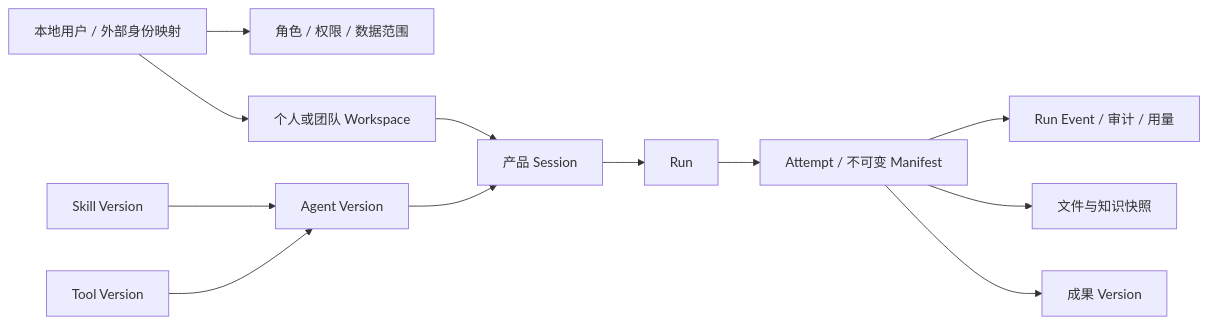
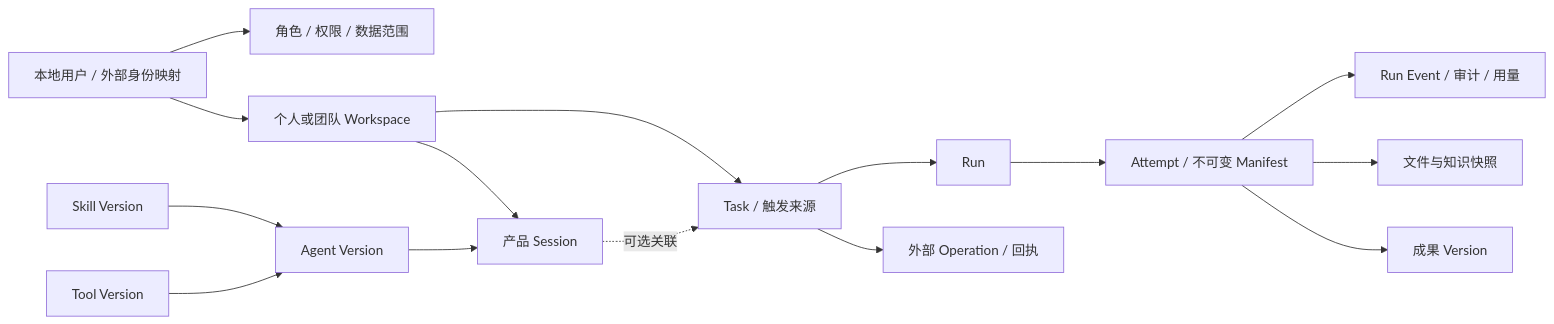
Before and after one commit to globalsinocode/dsh-work: the diagram in docs/design/data-model.md, drawn with Mermaid. The commit also changed other lines of this file and 12 other files, not shown here.

Commit message:
feat: establish task operation foundation

````diff
--- a/docs/design/data-model.md
+++ b/docs/design/data-model.md
@@ -7,14 +7,17 @@
 ```mermaid
 flowchart LR
   Users[本地用户 / 外部身份映射] --> Roles[角色 / 权限 / 数据范围]
   Users --> Workspace[个人或团队 Workspace]
   Workspace --> Session[产品 Session]
-  Session --> Run[Run]
+  Workspace --> Task[Task / 触发来源]
+  Session -. 可选关联 .-> Task
+  Task --> Run[Run]
   Run --> Attempt[Attempt / 不可变 Manifest]
   Agent[Agent Version] --> Session
   Skill[Skill Version] --> Agent
   Tool[Tool Version] --> Agent
   Attempt --> Events[Run Event / 审计 / 用量]
   Attempt --> Sources[文件与知识快照]
   Attempt --> Artifact[成果 Version]
+  Task --> Operation[外部 Operation / 回执]
 ```
````
